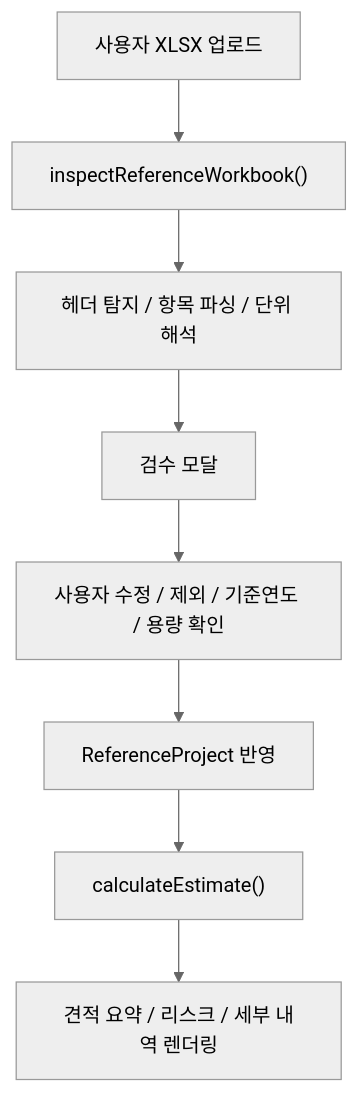
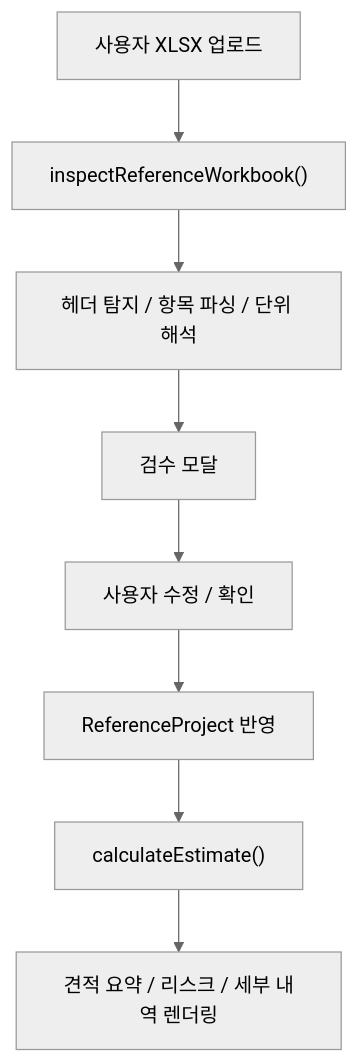
One commit to dmdmkim82/EPCestimatebyclaudecode changed the diagram in README.md. Above: the diagram before and after it, drawn with Mermaid (neutral theme). The commit also changed other lines of this file and 12 other files, not shown here.

````diff
--- a/README.md
+++ b/README.md
@@ -210,10 +80,10 @@
 ```mermaid
 flowchart TD
     A["사용자 XLSX 업로드"] --> B["inspectReferenceWorkbook()"]
     B --> C["헤더 탐지 / 항목 파싱 / 단위 해석"]
     C --> D["검수 모달"]
-    D --> E["사용자 수정 / 제외 / 기준연도 / 용량 확인"]
+    D --> E["사용자 수정 / 확인"]
     E --> F["ReferenceProject 반영"]
     F --> G["calculateEstimate()"]
     G --> H["견적 요약 / 리스크 / 세부 내역 렌더링"]
 ```
````
